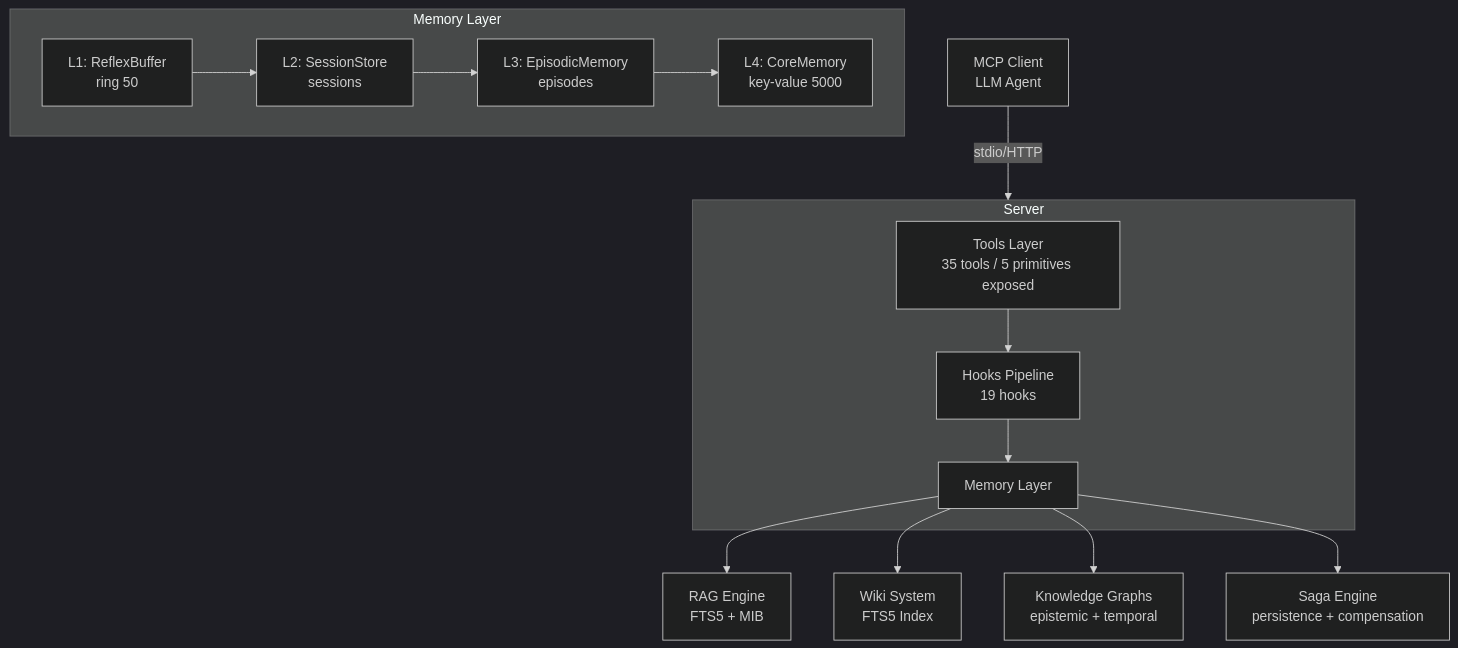
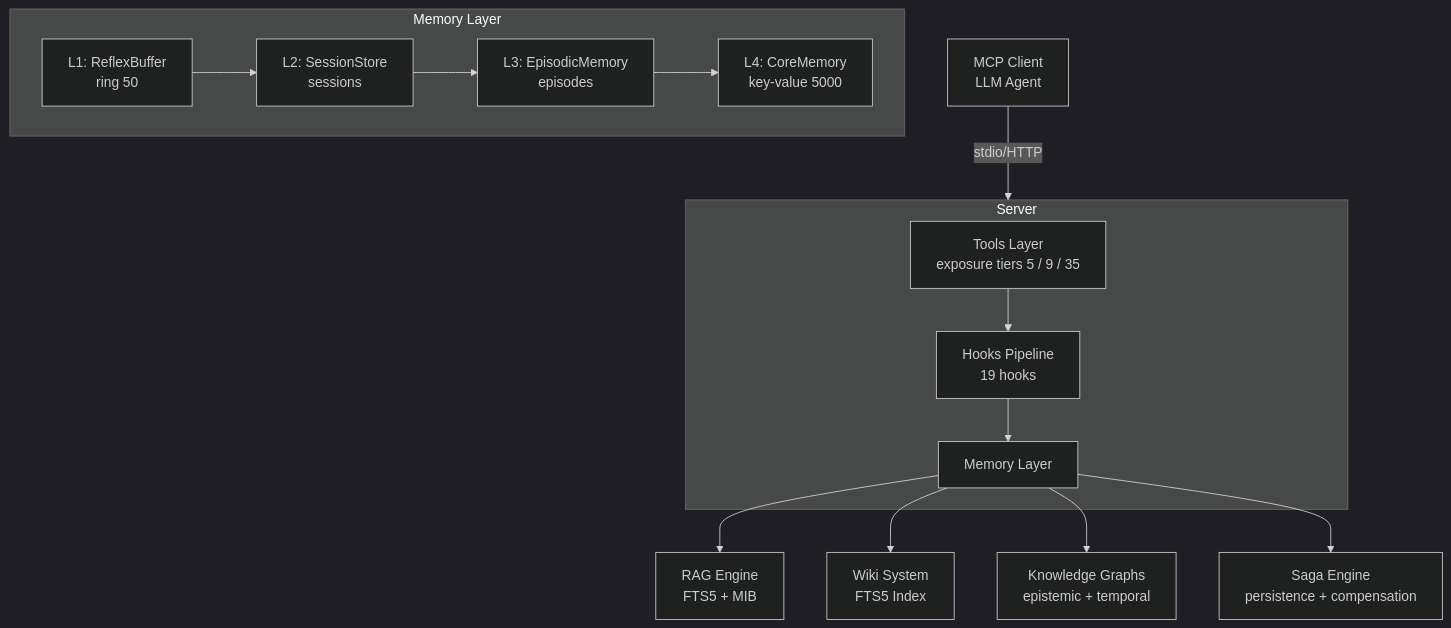
One commit to Cipher208/a-memory changed the first of 6 diagrams in docs/architecture/diagrams.md. Above: the diagram before and after it, drawn with Mermaid (dark theme). The commit also changed 14 other files, not shown here.

````diff
--- a/docs/architecture/diagrams.md
+++ b/docs/architecture/diagrams.md
@@ -5,20 +5,20 @@
 ```mermaid
 graph TB
     Client[MCP Client<br/>LLM Agent] -->|stdio/HTTP| Server[mcp_server<br/>MCPServer mcp 2.x]
 
     subgraph Server
-        Tools[Tools Layer<br/>35 tools / 5 primitives exposed] --> Hooks[Hooks Pipeline<br/>19 hooks]
+        Tools[Tools Layer<br/>exposure tiers 5 / 9 / 35] --> Hooks[Hooks Pipeline<br/>19 hooks]
         Hooks --> Memory[Memory Layer]
     end
 
     subgraph Memory Layer
         L1[L1: ReflexBuffer<br/>ring 50] --> L2[L2: SessionStore<br/>sessions]
         L2 --> L3[L3: EpisodicMemory<br/>episodes]
         L3 --> L4[L4: CoreMemory<br/>key-value 5000]
     end
 
     Memory --> RAG[RAG Engine<br/>FTS5 + MIB]
     Memory --> Wiki[Wiki System<br/>FTS5 Index]
     Memory --> Graph[Knowledge Graphs<br/>epistemic + temporal]
     Memory --> Saga[Saga Engine<br/>persistence + compensation]
 ```
````
